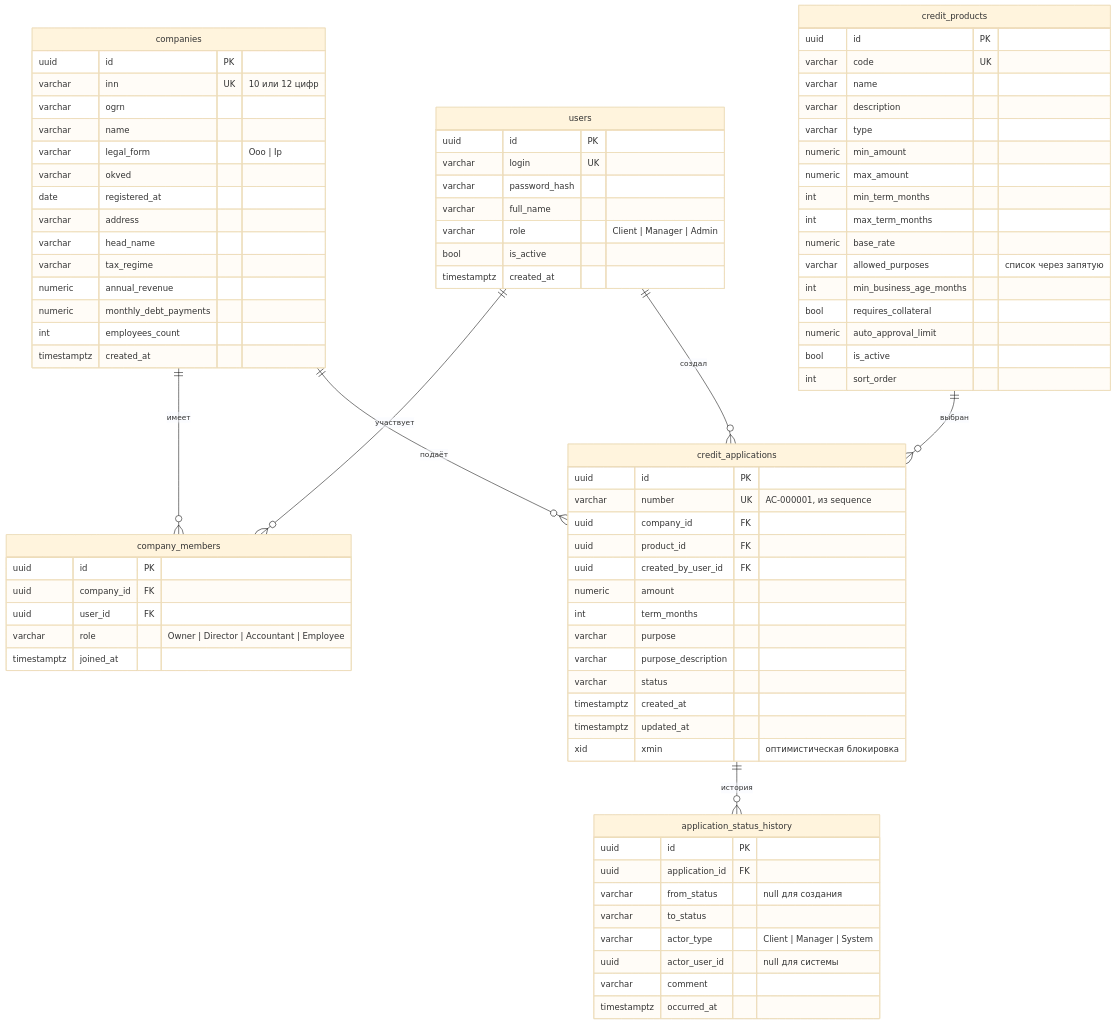
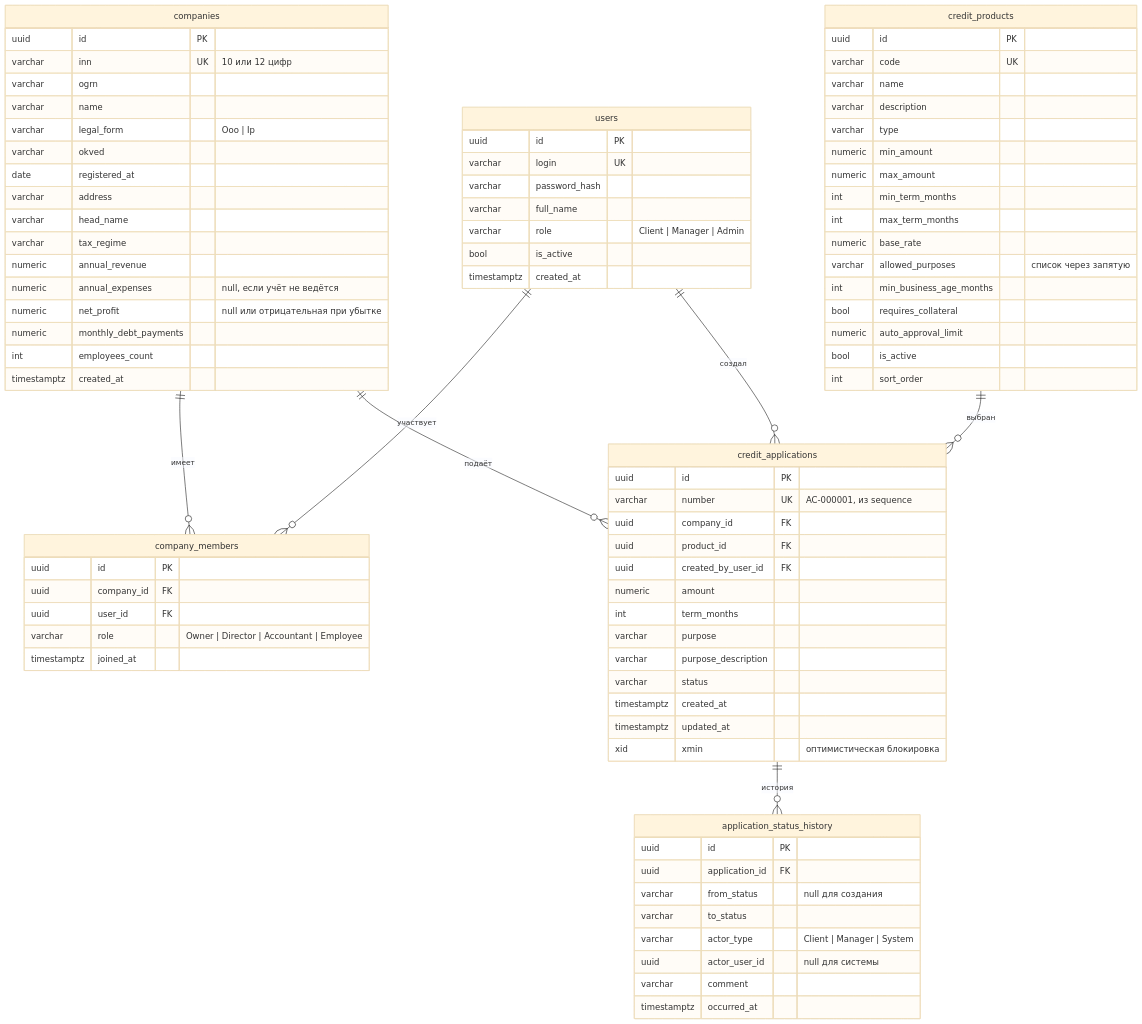
One commit to GatheredSatyr53/alfacredit changed the diagram in docs/data-model.md. Above: the diagram before and after it, drawn with Mermaid (base theme). The commit also changed 16 other files, not shown here.

```diff
--- a/docs/data-model.md
+++ b/docs/data-model.md
@@ -34,6 +34,8 @@
         varchar head_name
         varchar tax_regime
         numeric annual_revenue
+        numeric annual_expenses "null, если учёт не ведётся"
+        numeric net_profit "null или отрицательная при убытке"
         numeric monthly_debt_payments
         int employees_count
         timestamptz created_at
```
